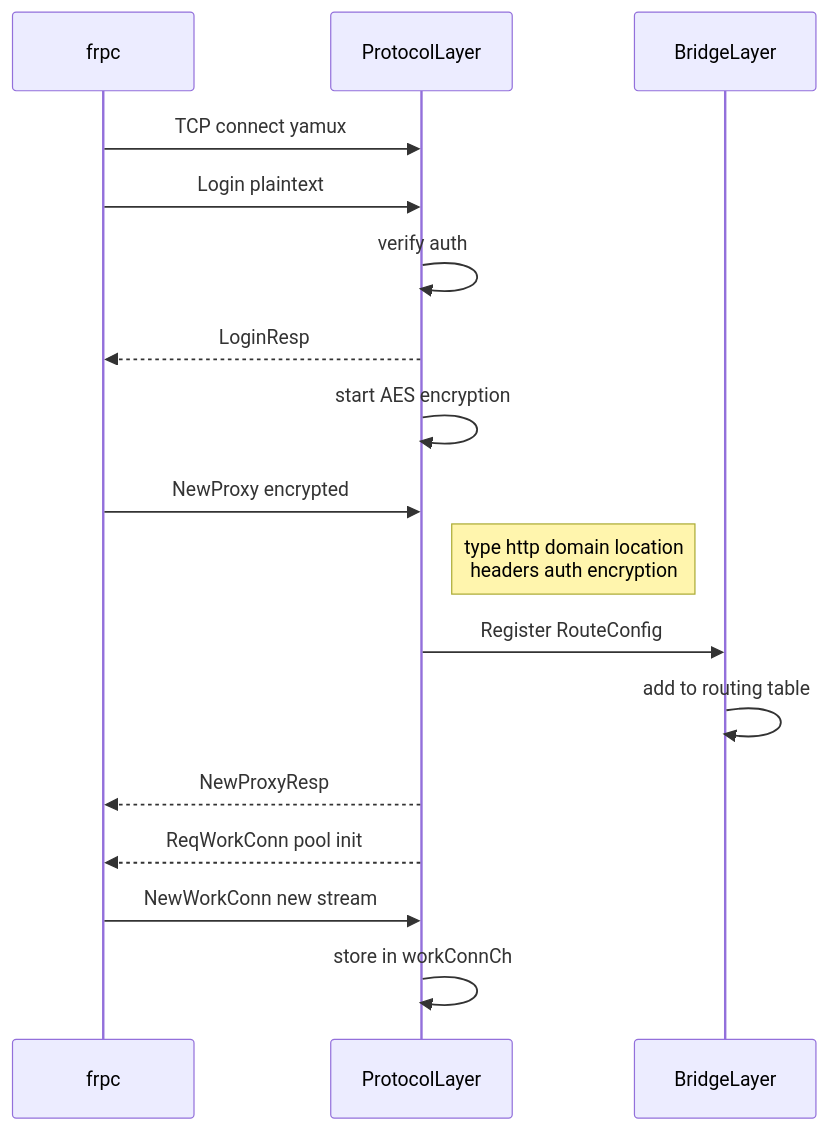
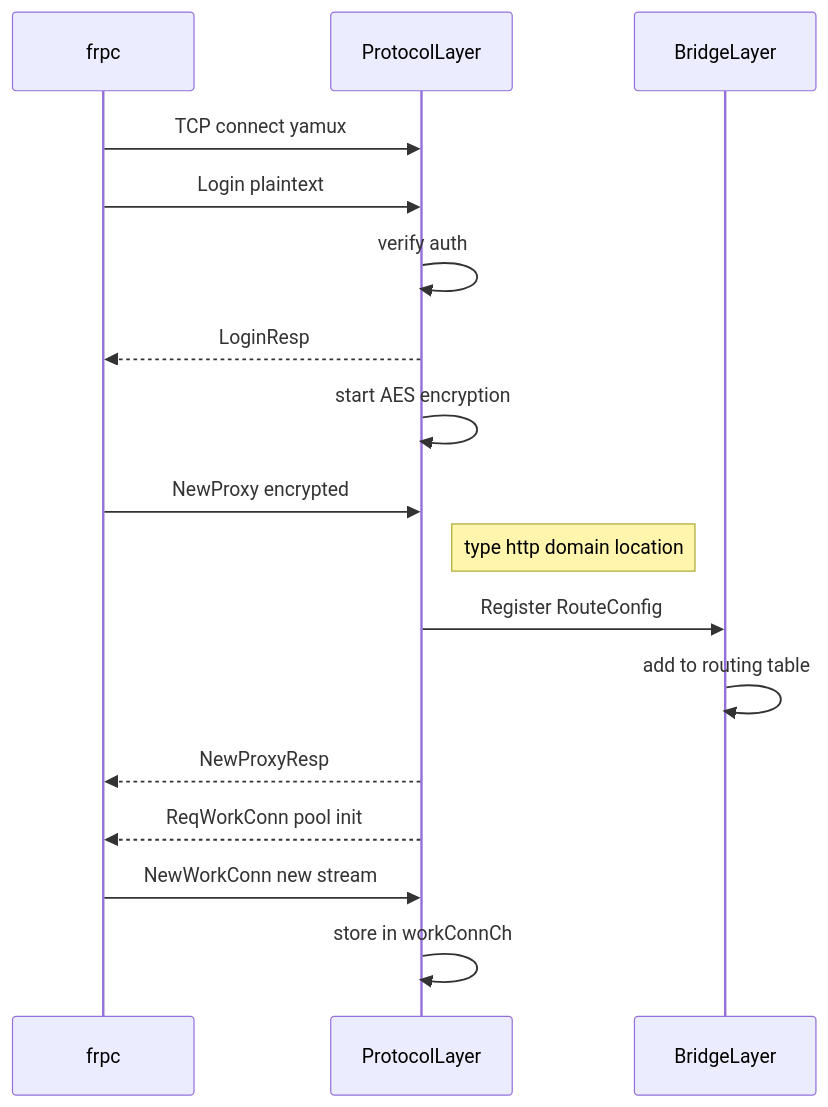
The third of 4 diagrams in docs/architecture/overview.md (cagojeiger/drp), drawn with Mermaid before and after one commit. The commit also changed other lines of this file and 3 other files, not shown here.

First line of the commit message:
fix(docs): rewrite all Mermaid diagrams for VS Code compatibility

````diff
--- a/docs/architecture/overview.md
+++ b/docs/architecture/overview.md
@@ -68,22 +68,22 @@
 ```mermaid
 sequenceDiagram
     participant F as frpc
     participant P as ProtocolLayer
     participant B as BridgeLayer
 
     F->>P: TCP connect yamux
     F->>P: Login plaintext
     P->>P: verify auth
     P-->>F: LoginResp
     P->>P: start AES encryption
 
     F->>P: NewProxy encrypted
-    Note right of P: type http domain location<br/>headers auth encryption
+    Note right of P: type http domain location
     P->>B: Register RouteConfig
     B->>B: add to routing table
     P-->>F: NewProxyResp
 
     P-->>F: ReqWorkConn pool init
     F->>P: NewWorkConn new stream
     P->>P: store in workConnCh
 ```
````
